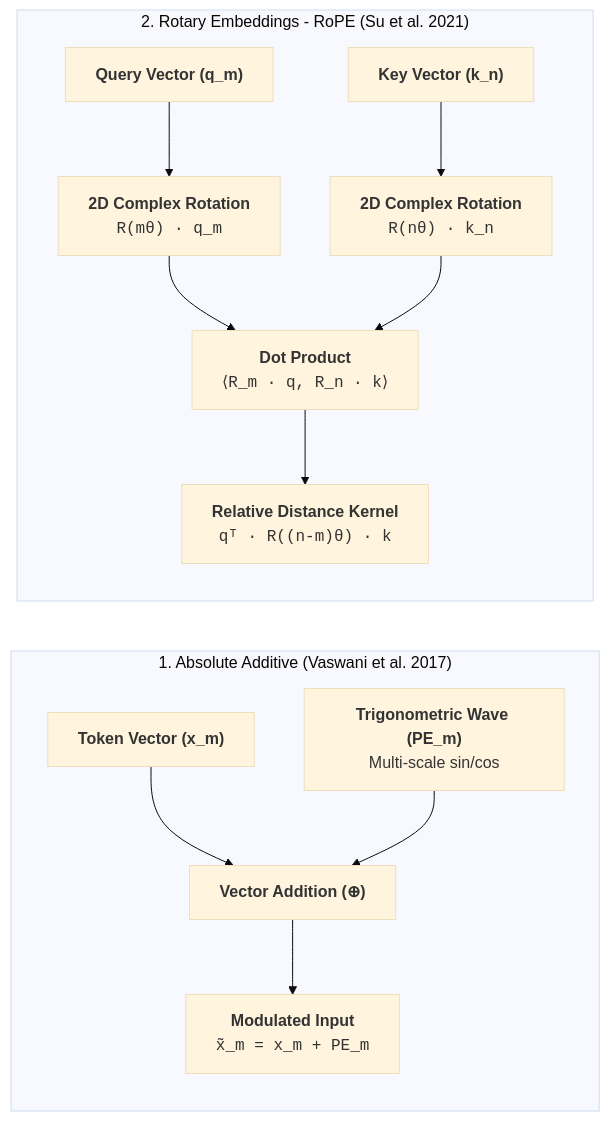
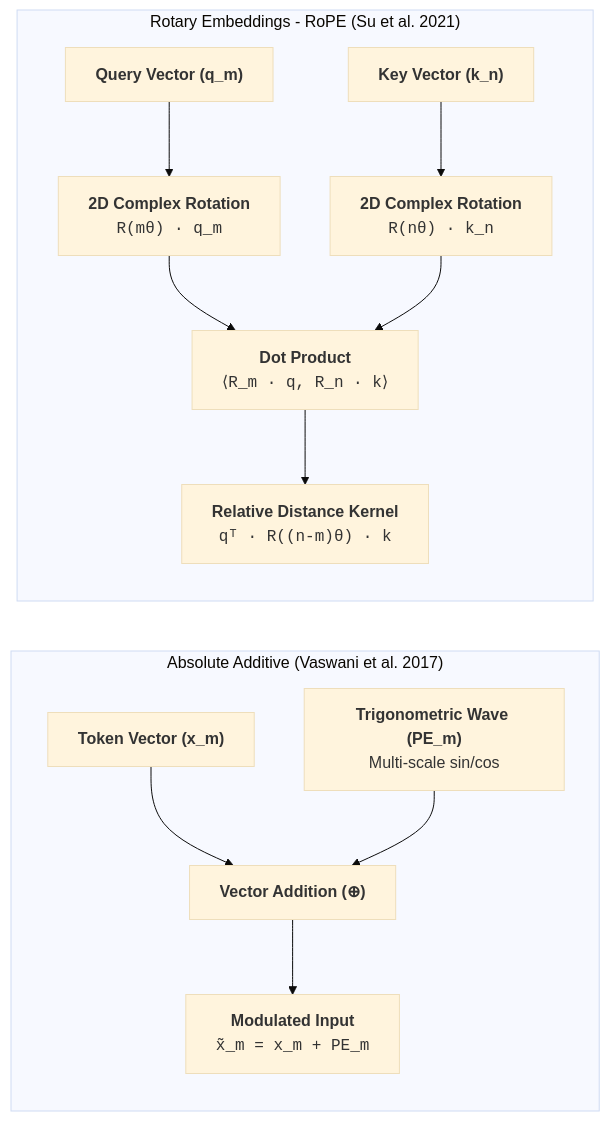
One commit to shotsan/llmnerd changed the diagram in content/foundations/positional_encoding.md. Above: the diagram before and after it, drawn with Mermaid (base theme). The commit also changed 4 other files, not shown here.

Commit message:
style(mermaid): remove numbers from subgraph titles and overhaul cluster colors and typography

````diff
--- a/content/foundations/positional_encoding.md
+++ b/content/foundations/positional_encoding.md
@@ -30,18 +30,18 @@
 ```mermaid
 flowchart LR
-    subgraph S1["1. Absolute Additive (Vaswani et al. 2017)"]
+    subgraph S1["Absolute Additive (Vaswani et al. 2017)"]
         direction TB
         X["<b>Token Vector (x_m)</b>"] --> Add["<b>Vector Addition (⊕)</b>"]
         PE["<b>Trigonometric Wave (PE_m)</b><br/>Multi-scale sin/cos"] --> Add
         Add --> Out1["<b>Modulated Input</b><br/><code>x̃_m = x_m + PE_m</code>"]
     end
 
-    subgraph S2["2. Rotary Embeddings - RoPE (Su et al. 2021)"]
+    subgraph S2["Rotary Embeddings - RoPE (Su et al. 2021)"]
         direction TB
         Q["<b>Query Vector (q_m)</b>"] --> RotQ["<b>2D Complex Rotation</b><br/><code>R(mθ) · q_m</code>"]
         K["<b>Key Vector (k_n)</b>"] --> RotK["<b>2D Complex Rotation</b><br/><code>R(nθ) · k_n</code>"]
         RotQ --> Dot["<b>Dot Product</b><br/><code>⟨R_m · q, R_n · k⟩</code>"]
         RotK --> Dot
         Dot --> Out2["<b>Relative Distance Kernel</b><br/><code>qᵀ · R((n-m)θ) · k</code>"]
     end
 ```
````
